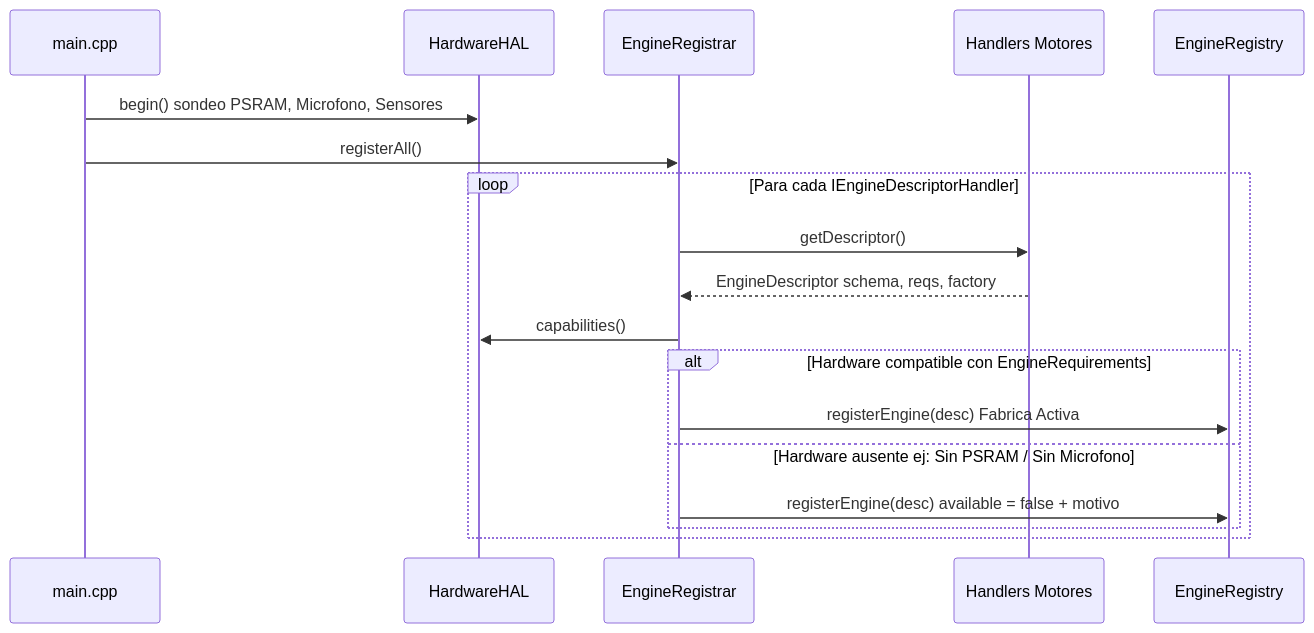
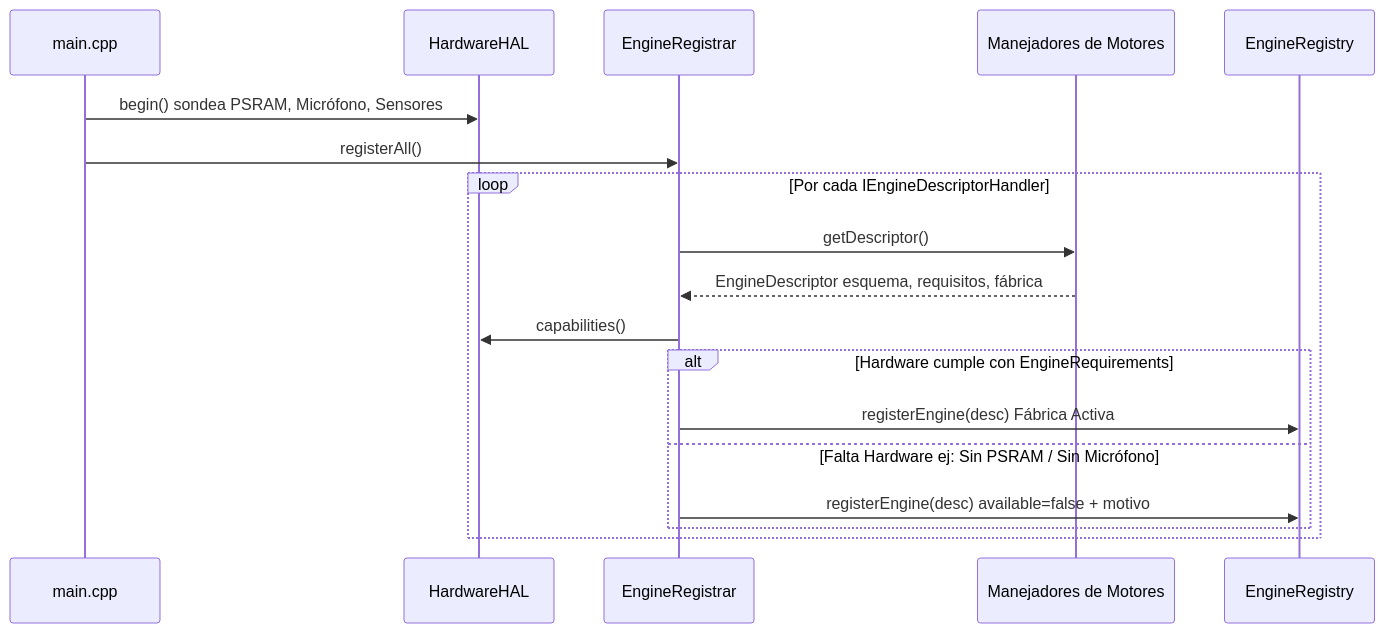
One commit to red77290/ArcadeMatrix changed the third of 4 diagrams in docs/ARCHITECTURE_ES.md. Above: the diagram before and after it, drawn with Mermaid. The commit also changed other lines of this file and 36 other files, not shown here.

First line of the commit message:
refactor(core): implement polymorphic engine interface and transverse overlay architecture

````diff
--- a/docs/ARCHITECTURE_ES.md
+++ b/docs/ARCHITECTURE_ES.md
@@ -192,21 +191,21 @@
 ```mermaid
 sequenceDiagram
     participant Boot as main.cpp
     participant HAL as HardwareHAL
     participant Reg as EngineRegistrar
-    participant Handlers as Handlers Motores
+    participant Handlers as Manejadores de Motores
     participant Registry as EngineRegistry
 
-    Boot->>HAL: begin() sondeo PSRAM, Microfono, Sensores
+    Boot->>HAL: begin() sondea PSRAM, Micrófono, Sensores
     Boot->>Reg: registerAll()
-    loop Para cada IEngineDescriptorHandler
+    loop Por cada IEngineDescriptorHandler
         Reg->>Handlers: getDescriptor()
-        Handlers-->>Reg: EngineDescriptor schema, reqs, factory
+        Handlers-->>Reg: EngineDescriptor esquema, requisitos, fábrica
         Reg->>HAL: capabilities()
-        alt Hardware compatible con EngineRequirements
-            Reg->>Registry: registerEngine(desc) Fabrica Activa
-        else Hardware ausente ej: Sin PSRAM / Sin Microfono
-            Reg->>Registry: registerEngine(desc) available = false + motivo
+        alt Hardware cumple con EngineRequirements
+            Reg->>Registry: registerEngine(desc) Fábrica Activa
+        else Falta Hardware ej: Sin PSRAM / Sin Micrófono
+            Reg->>Registry: registerEngine(desc) available=false + motivo
         end
     end
 ```
````
